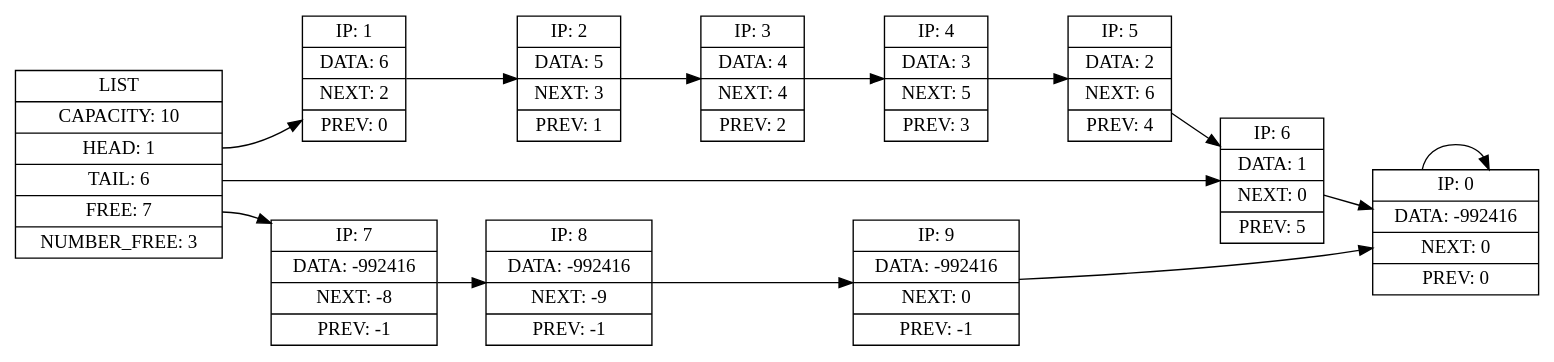
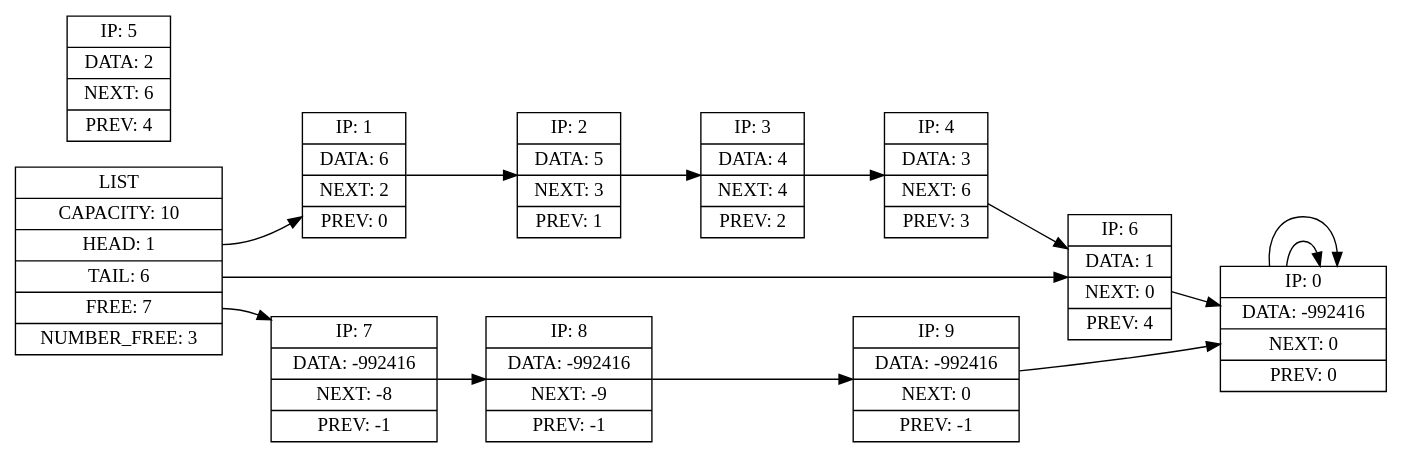
Before and after one commit to Samircubic/list: the diagram in list/data/log.dot, drawn with Graphviz. The commit also changed 2 other files, not shown here.

```diff
--- a/list/data/log.dot
+++ b/list/data/log.dot
@@ -1,20 +1,20 @@
 digraph G{
 	rankdir=LR;
 	elem_list [shape=record, label= "LIST | CAPACITY: 10 | <f_head> HEAD: 1 | <f_tail> TAIL: 6 | <f_free> FREE: 7 | NUMBER_FREE: 3"];
 	elem_0 [shape=record, label= "IP: 0 | DATA: -992416| NEXT: 0| PREV: 0"];
 	elem_1 [shape=record, label= "IP: 1 | DATA: 6| NEXT: 2| PREV: 0"];
 	elem_2 [shape=record, label= "IP: 2 | DATA: 5| NEXT: 3| PREV: 1"];
 	elem_3 [shape=record, label= "IP: 3 | DATA: 4| NEXT: 4| PREV: 2"];
-	elem_4 [shape=record, label= "IP: 4 | DATA: 3| NEXT: 5| PREV: 3"];
+	elem_4 [shape=record, label= "IP: 4 | DATA: 3| NEXT: 6| PREV: 3"];
 	elem_5 [shape=record, label= "IP: 5 | DATA: 2| NEXT: 6| PREV: 4"];
-	elem_6 [shape=record, label= "IP: 6 | DATA: 1| NEXT: 0| PREV: 5"];
+	elem_6 [shape=record, label= "IP: 6 | DATA: 1| NEXT: 0| PREV: 4"];
 	elem_7 [shape=record, label= "IP: 7 | DATA: -992416| NEXT: -8| PREV: -1"];
 	elem_8 [shape=record, label= "IP: 8 | DATA: -992416| NEXT: -9| PREV: -1"];
 	elem_9 [shape=record, label= "IP: 9 | DATA: -992416| NEXT: 0| PREV: -1"];
 	elem_0 -> elem_0;
 	elem_list:<f_free> -> elem_7;
 	elem_7 -> elem_8 -> elem_9 -> elem_0;
 	elem_list:<f_head> -> elem_1;
 	elem_list:<f_tail> -> elem_6;
-	elem_1 -> elem_2 -> elem_3 -> elem_4 -> elem_5 -> elem_6 -> elem_0;
+	elem_1 -> elem_2 -> elem_3 -> elem_4 -> elem_6 -> elem_0 -> elem_0;
 }
```
